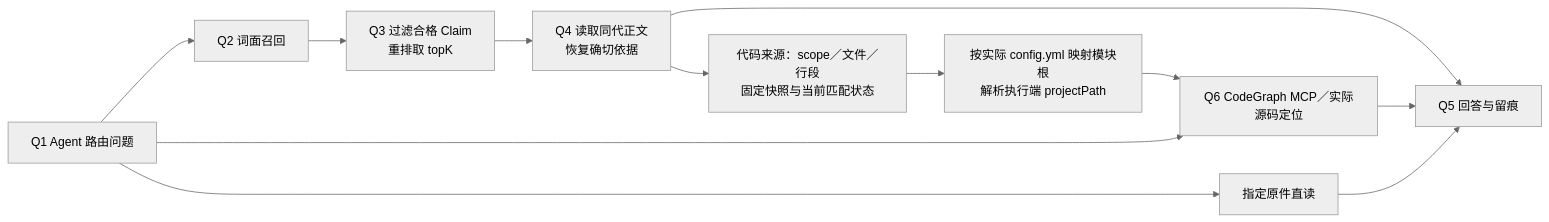
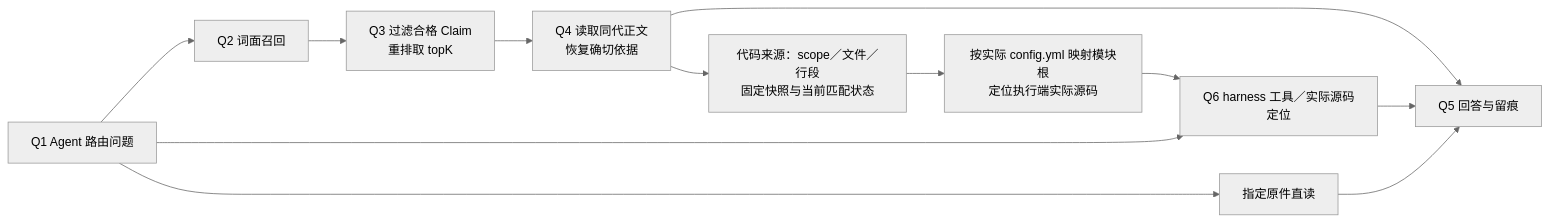
Before and after one commit to Robin-hhc/FactumCore: diagram 20 of 27 in himate-knowledge-wifi-mp/docs-llm-wiki/知识库详细设计.md, drawn with Mermaid (neutral theme). The commit also changed other lines of this file and 10 other files, not shown here.

````diff
--- a/himate-knowledge-wifi-mp/docs-llm-wiki/知识库详细设计.md
+++ b/himate-knowledge-wifi-mp/docs-llm-wiki/知识库详细设计.md
@@ -780,14 +780,14 @@
 ```mermaid
 flowchart LR
     Q1["Q1 Agent 路由问题"] --> Q2["Q2 词面召回"]
     Q2 --> Q3["Q3 过滤合格 Claim<br/>重排取 topK"]
     Q3 --> Q4["Q4 读取同代正文<br/>恢复确切依据"]
     Q4 --> Q5["Q5 回答与留痕"]
-    Q1 --> Q6["Q6 CodeGraph MCP／实际源码定位"]
+    Q1 --> Q6["Q6 harness 工具／实际源码定位"]
     Q4 --> SOURCE["代码来源：scope／文件／行段<br/>固定快照与当前匹配状态"]
-    SOURCE --> MAP["按实际 config.yml 映射模块根<br/>解析执行端 projectPath"]
+    SOURCE --> MAP["按实际 config.yml 映射模块根<br/>定位执行端实际源码"]
     MAP --> Q6
     Q1 --> RAW["指定原件直读"]
     Q6 --> Q5
     RAW --> Q5
 ```
````
